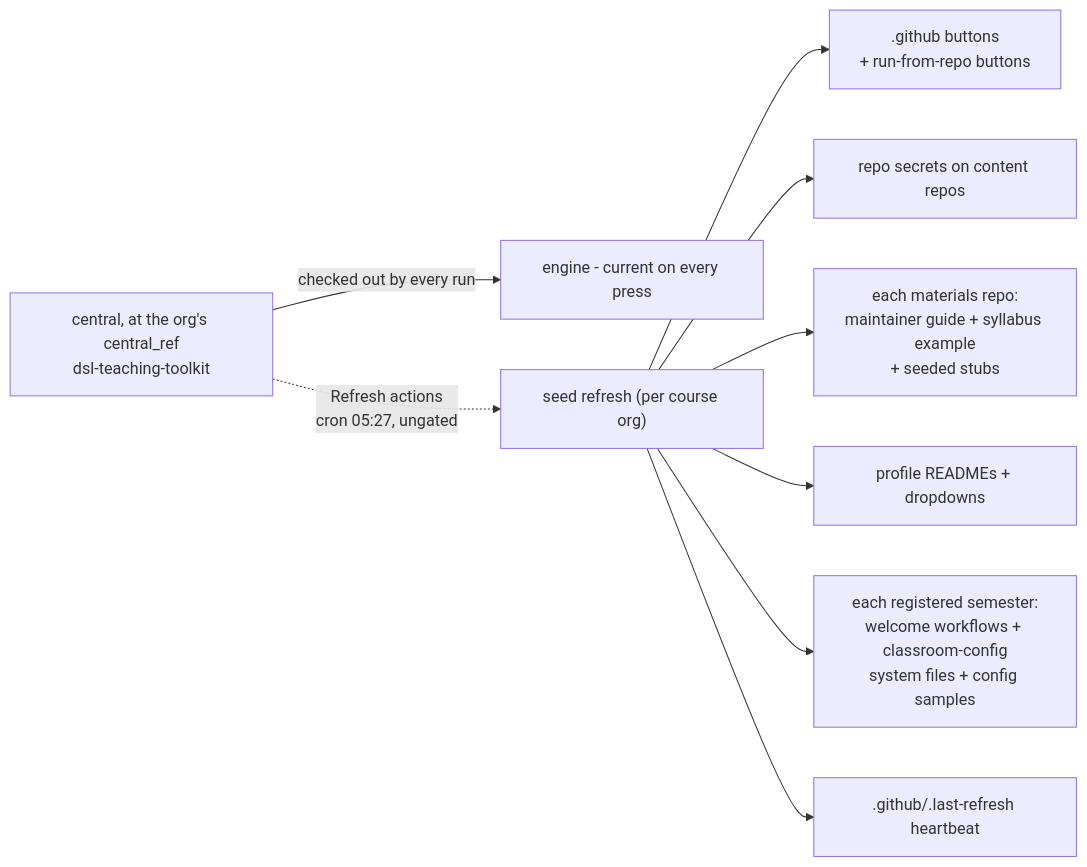
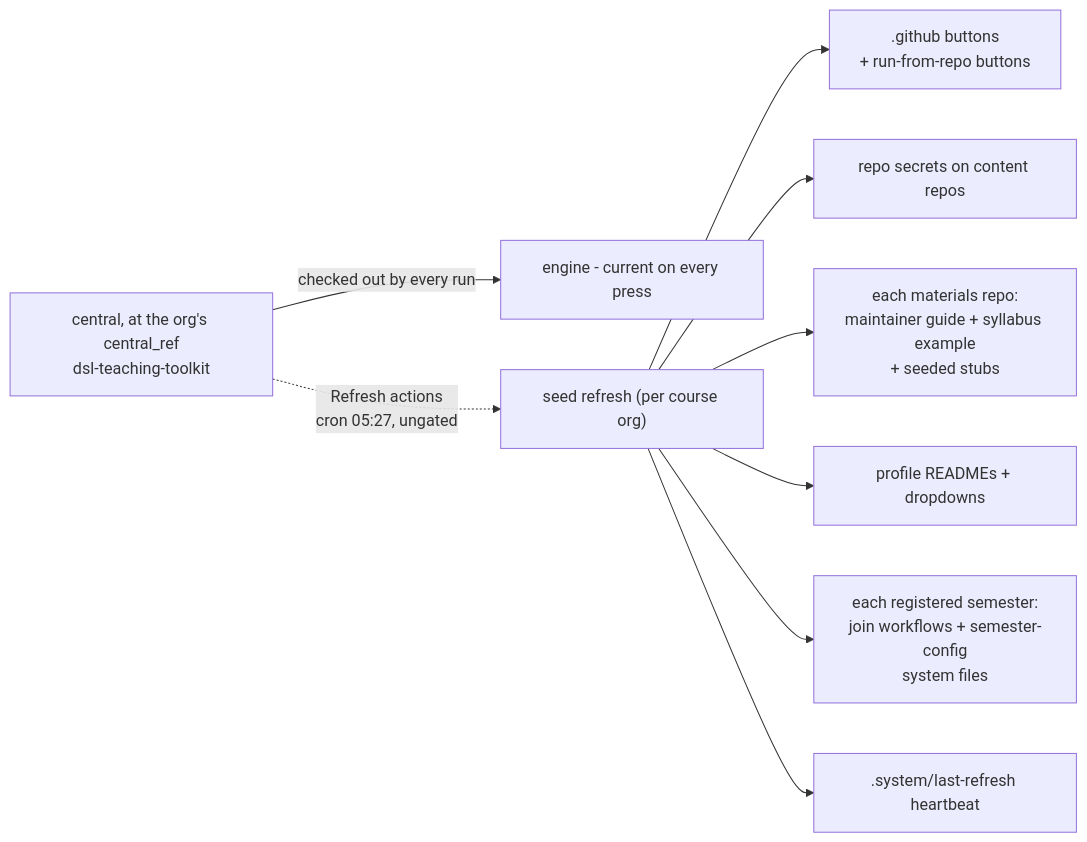
One commit to hertie-data-science-lab/dsl-teaching-toolkit changed the eighth of 10 diagrams in docs-admin-arch/architecture.md. Above: the diagram before and after it, drawn with Mermaid. The commit also changed other lines of this file and 160 other files, not shown here.

First line of the commit message:
refactor(engine): semester-config, join, .system/ layout and the migration tool

````diff
--- a/docs-admin-arch/architecture.md
+++ b/docs-admin-arch/architecture.md
@@ -479,19 +481,19 @@
 ```mermaid
 flowchart LR
   c["`central, at the org's central_ref
 dsl-teaching-toolkit`"]
   c -->|"checked out by every run"| eng["engine - current on every press"]
   c -.->|"`Refresh actions
 cron 05:27, ungated`"| sr["seed refresh (per course org)"]
   sr --> w["`.github buttons
 + run-from-repo buttons`"]
   sr --> sec["repo secrets on content repos"]
   sr --> sys["`each materials repo:
 maintainer guide + syllabus example
 + seeded stubs`"]
   sr --> pr["profile READMEs + dropdowns"]
   sr --> coh["`each registered semester:
-welcome workflows + classroom-config
-system files + config samples`"]
-  sr --> hb[".github/.last-refresh heartbeat"]
+join workflows + semester-config
+system files`"]
+  sr --> hb[".system/last-refresh heartbeat"]
 ```
````
